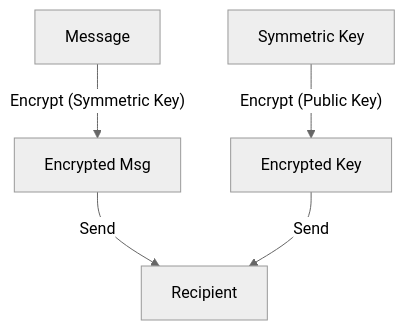
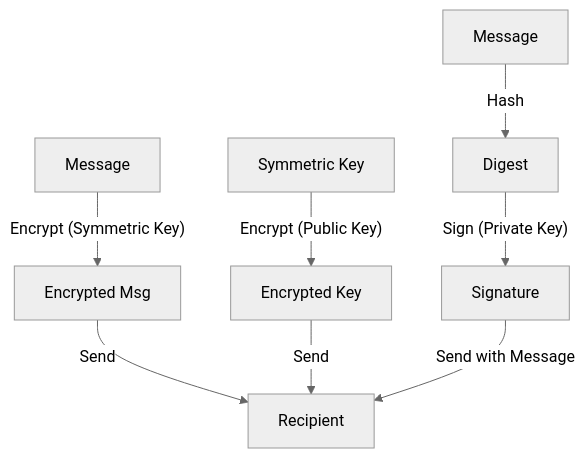
The diagram in ch8/8.5_Securing_Email.md (Attash2312/cntheory), drawn with Mermaid (neutral theme) before and after one commit. The commit also changed other lines of this file and 79 other files, not shown here.

````diff
--- a/ch8/8.5_Securing_Email.md
+++ b/ch8/8.5_Securing_Email.md
@@ -18,6 +68,9 @@
 ```mermaid
 graph TD
   A[Message] -- Encrypt (Symmetric Key) --> B[Encrypted Msg]
   C[Symmetric Key] -- Encrypt (Public Key) --> D[Encrypted Key]
   B & D -- Send --> E[Recipient]
+  F[Message] -- Hash --> G[Digest]
+  G -- Sign (Private Key) --> H[Signature]
+  H -- Send with Message --> E
 ```
````
